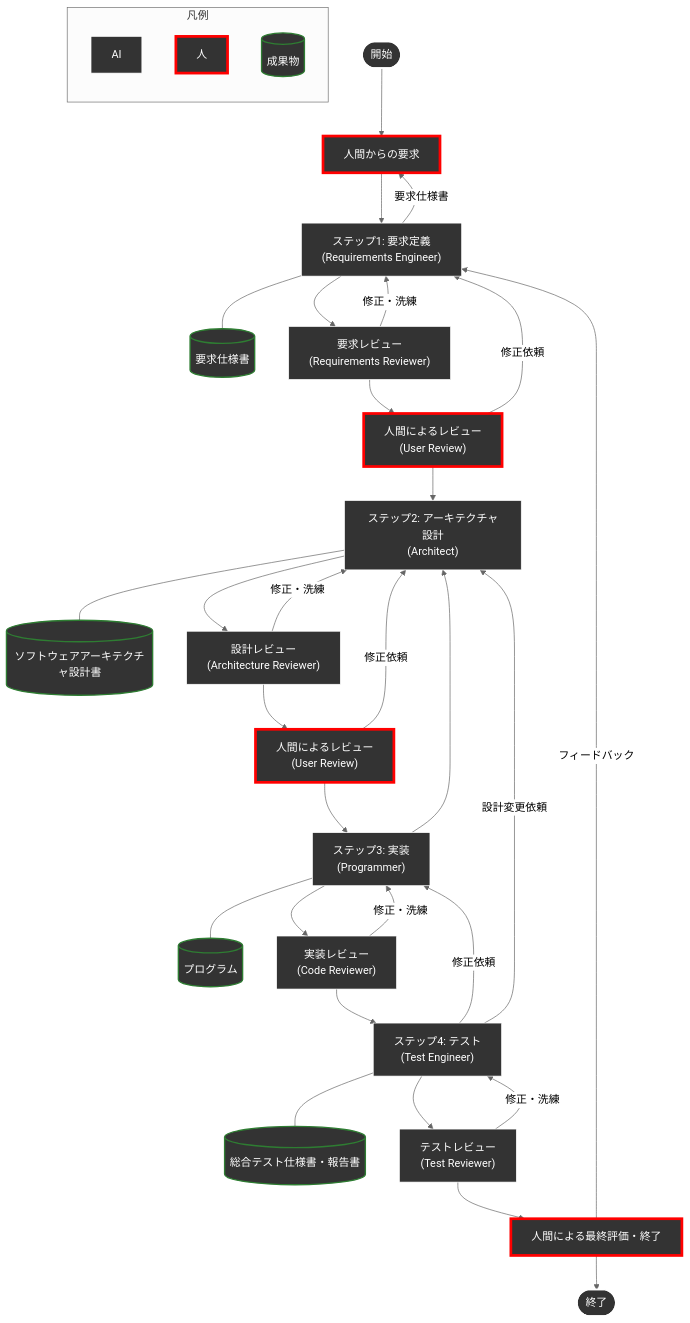
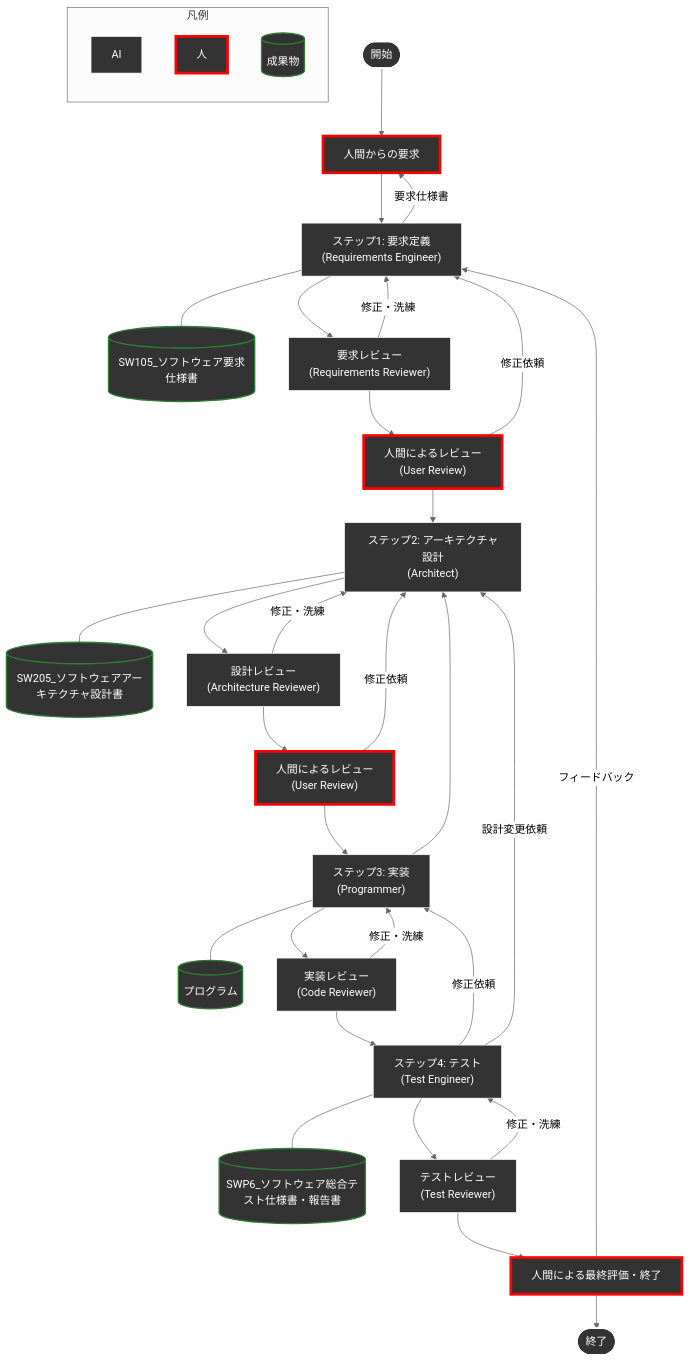
Before and after one commit to yamaPiT/AntigravityTemplate: the diagram in README.md, drawn with Mermaid (neutral theme). The commit also changed other lines of this file and 5 other files, not shown here.

````diff
--- a/README.md
+++ b/README.md
@@ -23,55 +23,55 @@
 ```mermaid
 graph TD
     Start(["開始"]) --> UserReq["人間からの要求"]
     UserReq["人間からの要求"] --> Req["ステップ1: 要求定義<br>(Requirements Engineer)"]
-    Req --- ReqDoc[("要求仕様書")]
+    Req --- ReqDoc[("SW105_ソフトウェア要求仕様書")]
     Req -->|要求仕様書| UserReq
     Req --> ReqRev["要求レビュー<br>(Requirements Reviewer)"]
     ReqRev -- 修正・洗練 --> Req
     ReqRev --> ReqHum["人間によるレビュー<br>(User Review)"]
     ReqHum -- 修正依頼 --> Req
     ReqHum --> Arch["ステップ2: アーキテクチャ設計<br>(Architect)"]
     
-    Arch --- ArchDoc[("ソフトウェアアーキテクチャ設計書")]
+    Arch --- ArchDoc[("SW205_ソフトウェアアーキテクチャ設計書")]
     Arch --> ArchRev["設計レビュー<br>(Architecture Reviewer)"]
     ArchRev -- 修正・洗練 --> Arch
     ArchRev --> ArchHum["人間によるレビュー<br>(User Review)"]
     ArchHum -- 修正依頼 --> Arch
     ArchHum --> Impl["ステップ3: 実装<br>(Programmer)"]
     
     Impl --- ProgDoc[("プログラム")]
     Impl --> ImplRev["実装レビュー<br>(Code Reviewer)"]
     ImplRev -- 修正・洗練 --> Impl
     Impl --> Arch
     ImplRev --> Test["ステップ4: テスト<br>(Test Engineer)"]
     
-    Test --- TestDoc[("総合テスト仕様書・報告書")]
+    Test --- TestDoc[("SWP6_ソフトウェア総合テスト仕様書・報告書")]
     Test --> TestRev["テストレビュー<br>(Test Reviewer)"]
     TestRev -- 修正・洗練 --> Test
     Test -- 修正依頼 --> Impl
     Test -- 設計変更依頼 --> Arch
     
     TestRev --> Approve["人間による最終評価・終了"]
     Approve -->|フィードバック| Req
     Approve --> End(["終了"])
 
     %% スタイル定義 (背景色を尊重し、枠線で役割を完結)
     classDef human fill:#333333,stroke:#ff0000,stroke-width:4px,color:#ffffff;
     classDef agent fill:#333333,stroke:#FFFFFF,stroke-width:1px,color:#ffffff;
     classDef doc fill:#333333,stroke:#2e7d32,stroke-width:2px,color:#ffffff;
     classDef startEnd fill:#333333,stroke:#ffffff,stroke-width:2px,color:#ffffff;
     
     class UserReq,ReqHum,ArchHum,Approve human;
     class Req,ReqRev,Arch,ArchRev,Impl,ImplRev,Test,TestRev agent;
     class ReqDoc,ArchDoc,ProgDoc,TestDoc doc;
     class Start,End startEnd;
 
     %% 凡例 (小型化)
     subgraph Legend ["凡例"]
         direction TB
         L1["AI"]:::agent
         L2["人"]:::human
         L3[("成果物")]:::doc
     end
 
 ```
````
